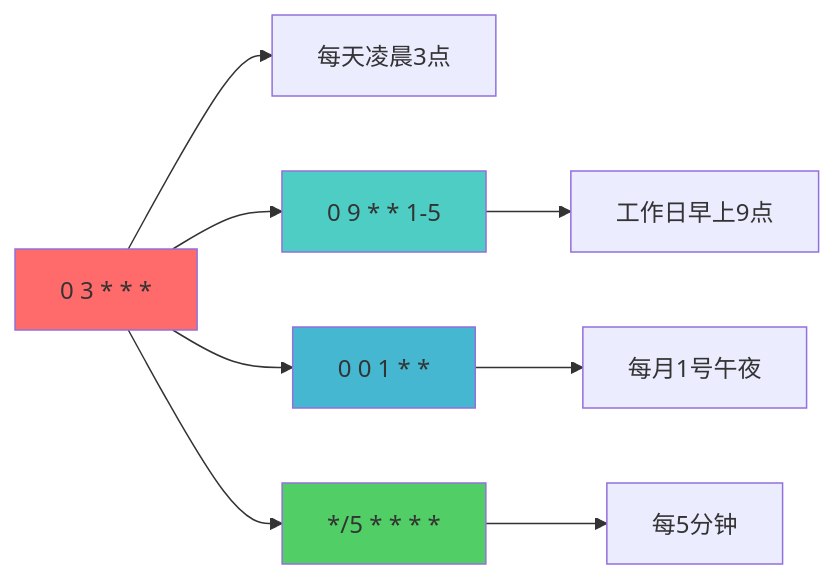
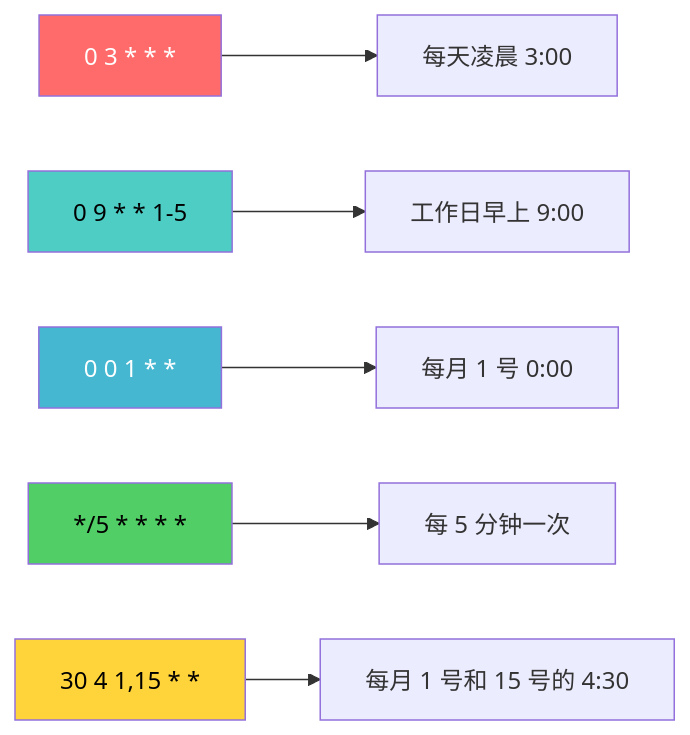
The second of 2 diagrams in content/linux/process_service/Chapter-28-Scheduled-Tasks.md (before80/prgms), drawn with Mermaid before and after one commit. The commit also changed other lines of this file and 1645 other files, not shown here.

````diff
--- a/content/linux/process_service/Chapter-28-Scheduled-Tasks.md
+++ b/content/linux/process_service/Chapter-28-Scheduled-Tasks.md
@@ -222,15 +230,14 @@
 ```mermaid
 graph LR
-    A["0 3 * * *"] --> E["每天凌晨3点"]
-    A --> B["0 9 * * 1-5"]
-    B --> F["工作日早上9点"]
-    A --> C["0 0 1 * *"]
-    C --> G["每月1号午夜"]
-    A --> D["*/5 * * * *"]
-    D --> H["每5分钟"]
-    
-    style A fill:#ff6b6b
-    style B fill:#4ecdc4
-    style C fill:#45b7d1
-    style D fill:#51cf66
+    A["0 3 * * *"] --> A2["每天凌晨 3:00"]
+    B["0 9 * * 1-5"] --> B2["工作日早上 9:00"]
+    C["0 0 1 * *"] --> C2["每月 1 号 0:00"]
+    D["*/5 * * * *"] --> D2["每 5 分钟一次"]
+    E["30 4 1,15 * *"] --> E2["每月 1 号和 15 号的 4:30"]
+
+    style A fill:#ff6b6b,color:#fff
+    style B fill:#4ecdc4,color:#000
+    style C fill:#45b7d1,color:#fff
+    style D fill:#51cf66,color:#000
+    style E fill:#ffd43b,color:#000
 ```
````
